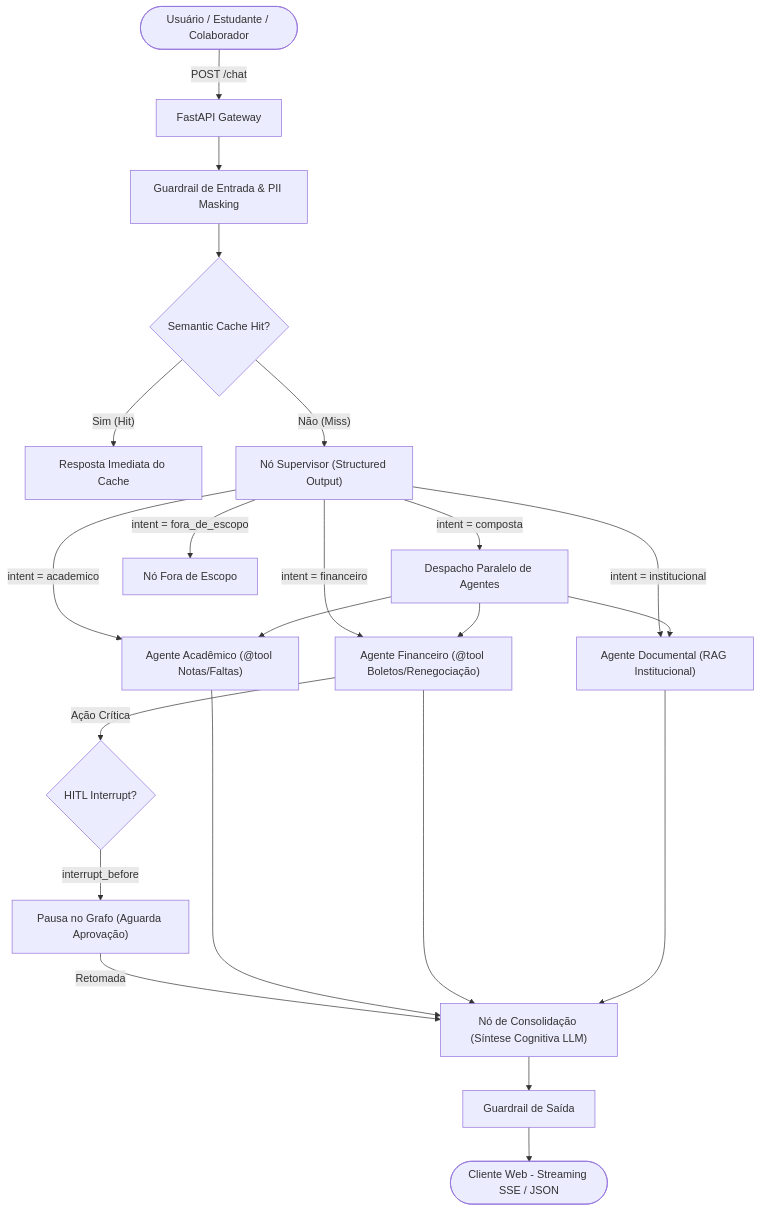
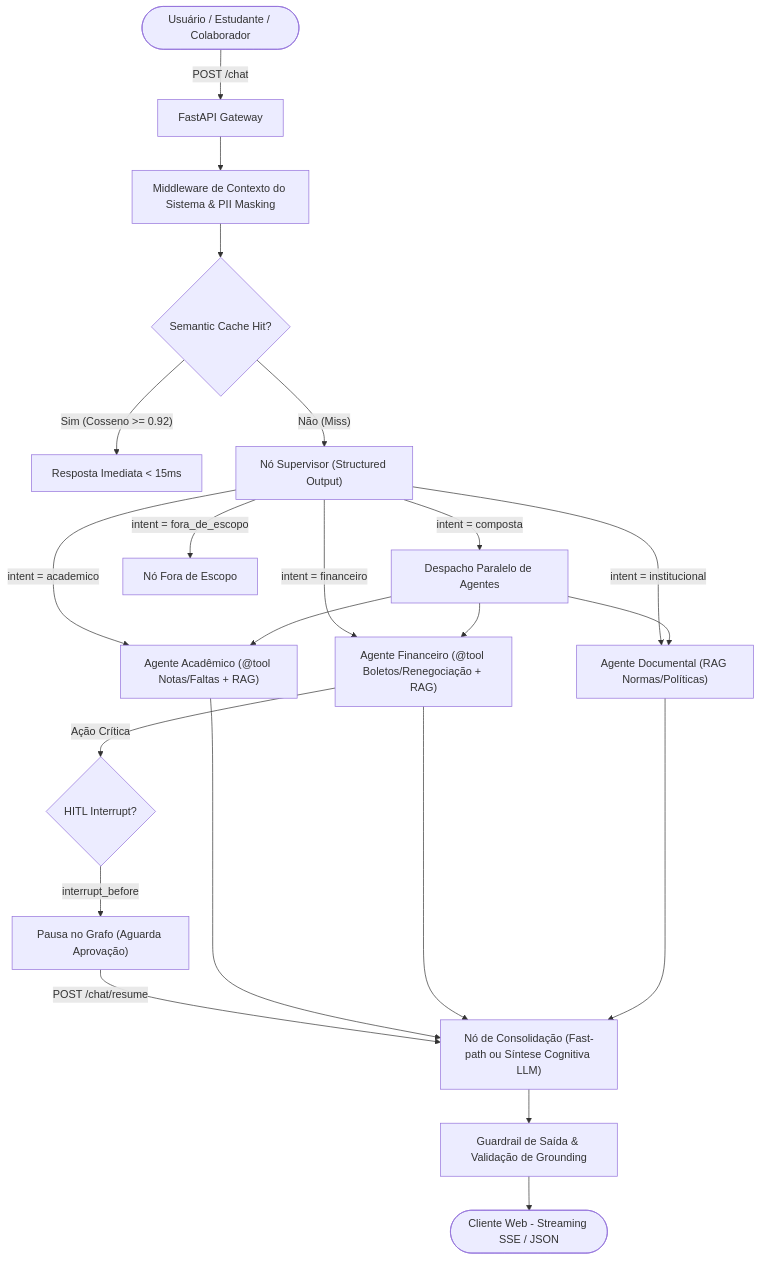
Before and after one commit to henriquebotelhogomes/UsiEdu: the diagram in README.md, drawn with Mermaid. The commit also changed other lines of this file and 2 other files, not shown here.

Commit message:
docs: update README, MkDocs and LandingPage with enterprise multi-agent RAG architecture

````diff
--- a/README.md
+++ b/README.md
@@ -50,30 +51,30 @@
 ```mermaid
 graph TD
     User([Usuário / Estudante / Colaborador]) -->|POST /chat| API[FastAPI Gateway]
-    API --> GuardrailsIn[Guardrail de Entrada & PII Masking]
+    API --> Middleware[Middleware de Contexto do Sistema & PII Masking]
     
-    GuardrailsIn --> Cache{Semantic Cache Hit?}
-    Cache -->|"Sim (Hit)"| FastResponse[Resposta Imediata do Cache]
+    Middleware --> Cache{Semantic Cache Hit?}
+    Cache -->|"Sim (Cosseno >= 0.92)"| FastResponse[Resposta Imediata < 15ms]
     Cache -->|"Não (Miss)"| Supervisor["Nó Supervisor (Structured Output)"]
     
-    Supervisor -->|intent = academico| Academico["Agente Acadêmico (@tool Notas/Faltas)"]
-    Supervisor -->|intent = financeiro| Financeiro["Agente Financeiro (@tool Boletos/Renegociação)"]
-    Supervisor -->|intent = institucional| Documental["Agente Documental (RAG Institucional)"]
+    Supervisor -->|intent = academico| Academico["Agente Acadêmico (@tool Notas/Faltas + RAG)"]
+    Supervisor -->|intent = financeiro| Financeiro["Agente Financeiro (@tool Boletos/Renegociação + RAG)"]
+    Supervisor -->|intent = institucional| Documental["Agente Documental (RAG Normas/Políticas)"]
     Supervisor -->|intent = composta| Parallel["Despacho Paralelo de Agentes"]
     Supervisor -->|intent = fora_de_escopo| OutOfScope["Nó Fora de Escopo"]
     
     Parallel --> Academico
     Parallel --> Financeiro
     Parallel --> Documental
     
     Financeiro -->|Ação Crítica| HITL{HITL Interrupt?}
     HITL -->|interrupt_before| Suspend["Pausa no Grafo (Aguarda Aprovação)"]
-    Suspend -->|Retomada| Consolidation
+    Suspend -->|POST /chat/resume| Consolidation
     
-    Academico --> Consolidation["Nó de Consolidação (Síntese Cognitiva LLM)"]
+    Academico --> Consolidation["Nó de Consolidação (Fast-path ou Síntese Cognitiva LLM)"]
     Financeiro --> Consolidation
     Documental --> Consolidation
     
-    Consolidation --> GuardrailsOut[Guardrail de Saída]
+    Consolidation --> GuardrailsOut[Guardrail de Saída & Validação de Grounding]
     GuardrailsOut --> Client([Cliente Web - Streaming SSE / JSON])
 ```
````
